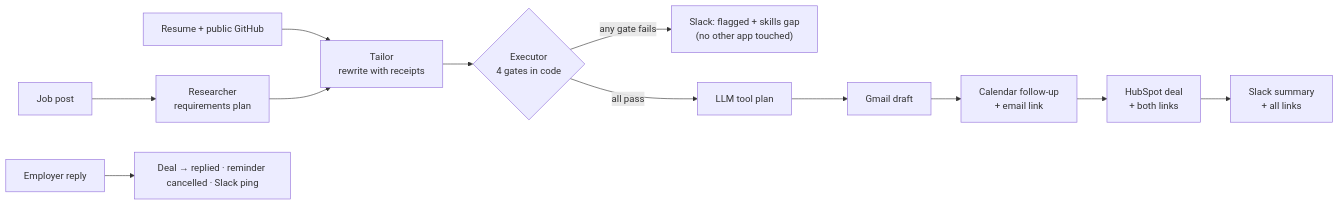
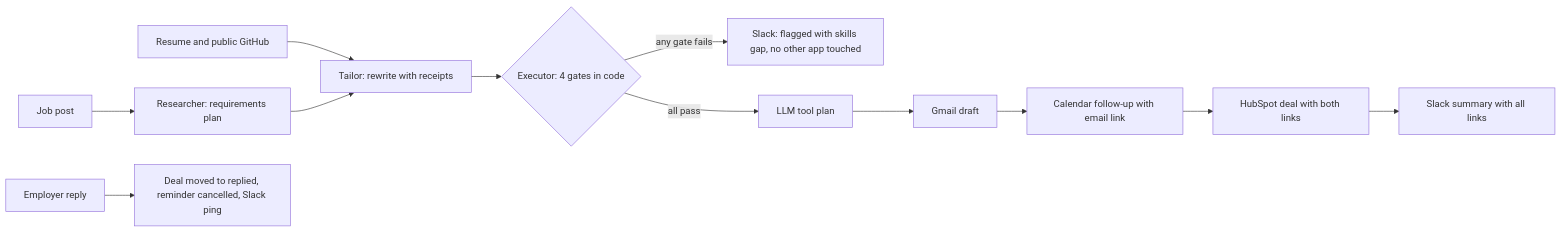
One commit to charansaiponnada/honest-apply changed the diagram in README.md. Above: the diagram before and after it, drawn with Mermaid.

Commit message:
Simplify the planning flowchart so GitHub renders it

````diff
--- a/README.md
+++ b/README.md
@@ -107,11 +107,14 @@
 ```mermaid
 flowchart LR
-    JD[Job post] --> R["Researcher<br/>requirements plan"]
-    CV["Resume + public GitHub"] --> T
-    R --> T["Tailor<br/>rewrite with receipts"]
-    T --> X{"Executor<br/>4 gates in code"}
-    X -- "any gate fails" --> F["Slack: flagged + skills gap<br/>(no other app touched)"]
-    X -- "all pass" --> P["LLM tool plan"]
-    P --> G[Gmail draft] --> C["Calendar follow-up<br/>+ email link"] --> H["HubSpot deal<br/>+ both links"] --> S["Slack summary<br/>+ all links"]
-    Reply[Employer reply] --> L["Deal → replied · reminder cancelled · Slack ping"]
+    JD[Job post] --> R[Researcher: requirements plan]
+    CV[Resume and public GitHub] --> T[Tailor: rewrite with receipts]
+    R --> T
+    T --> X{Executor: 4 gates in code}
+    X -->|any gate fails| F[Slack: flagged with skills gap, no other app touched]
+    X -->|all pass| P[LLM tool plan]
+    P --> G[Gmail draft]
+    G --> C[Calendar follow-up with email link]
+    C --> H[HubSpot deal with both links]
+    H --> S[Slack summary with all links]
+    Reply[Employer reply] --> L[Deal moved to replied, reminder cancelled, Slack ping]
 ```
````
